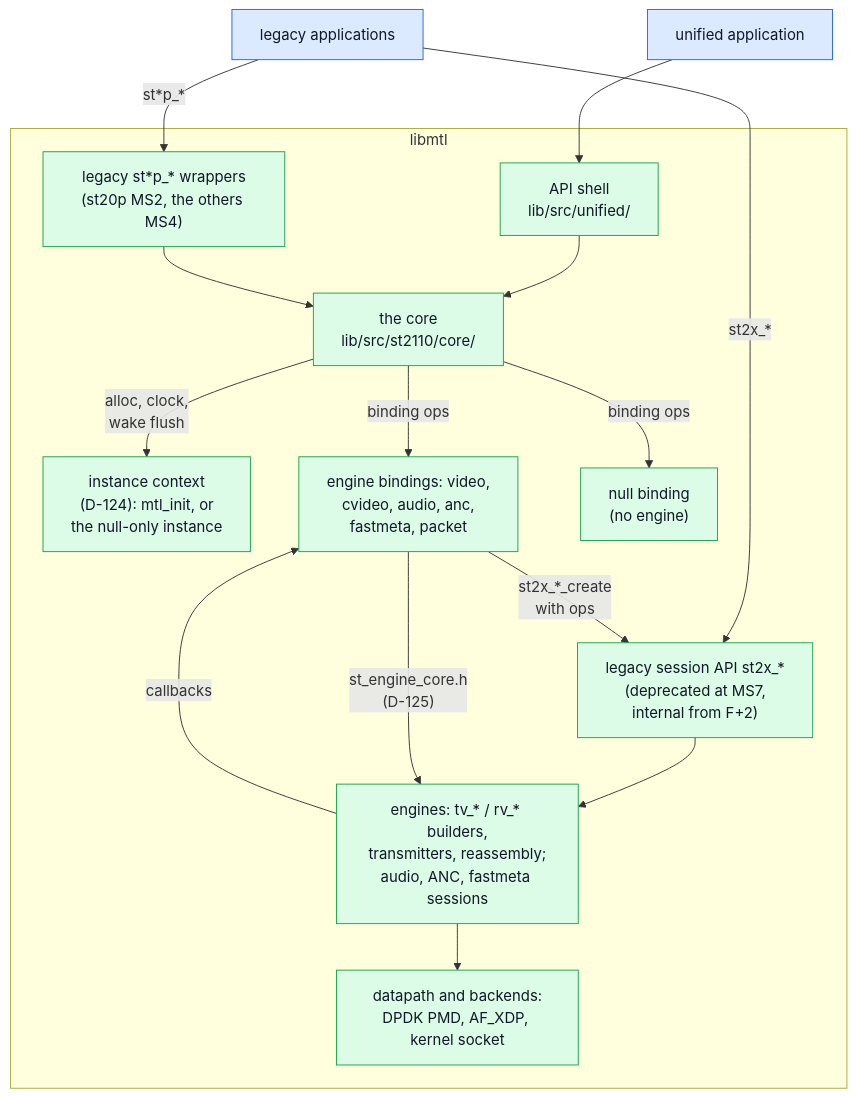
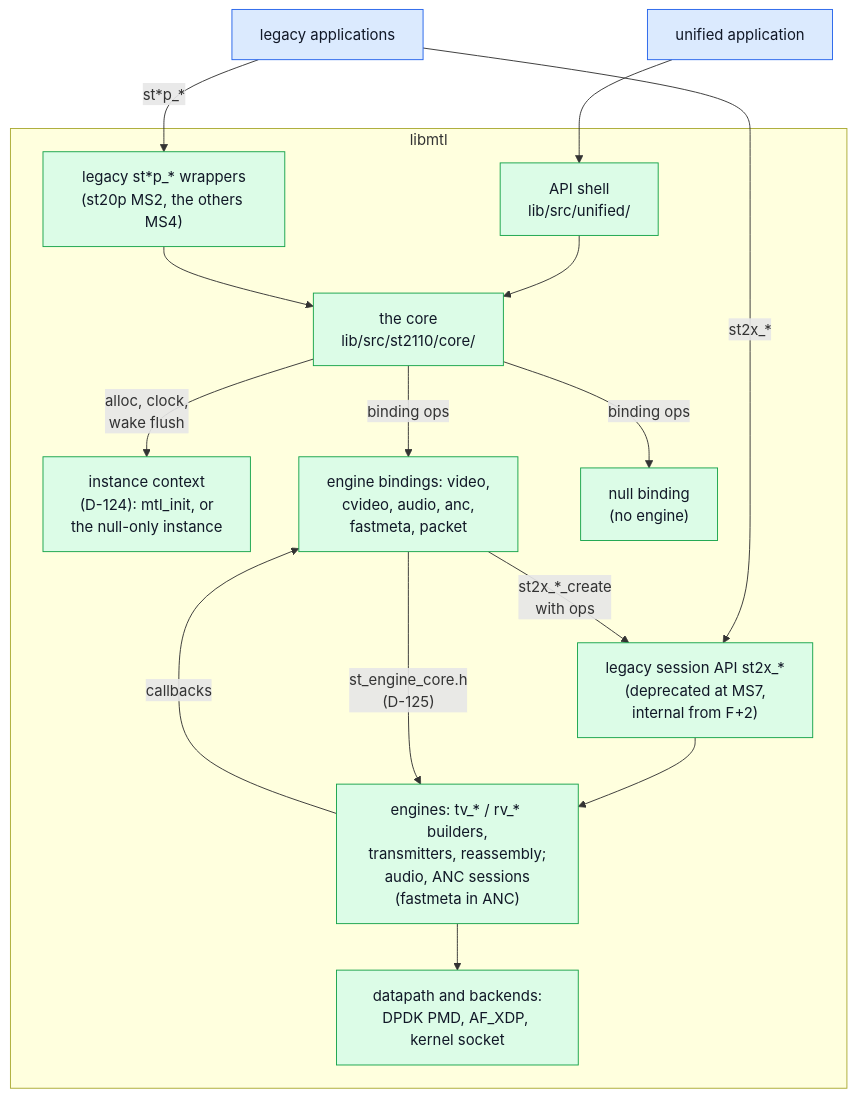
The first of 14 diagrams in doc/unified-api/core.md (Sakoram/Media-Transport-Library), drawn with Mermaid before and after one commit. The commit also changed other lines of this file and 17 other files, not shown here.

````diff
--- a/doc/unified-api/core.md
+++ b/doc/unified-api/core.md
@@ -56,31 +56,31 @@
 ```mermaid
 flowchart TB
     UA["unified application"] --> SH
     LA["legacy applications"] -->|"st*p_*"| LW
     LA -->|"st2x_*"| LS
     subgraph L["libmtl"]
         SH["API shell<br/>lib/src/unified/"]
         LW["legacy st*p_* wrappers<br/>(st20p MS2, the others MS4)"]
         CORE["the core<br/>lib/src/st2110/core/"]
         IC["instance context<br/>(D-124): mtl_init, or<br/>the null-only instance"]
         BIND["engine bindings: video,<br/>cvideo, audio, anc,<br/>fastmeta, packet"]
         NB["null binding<br/>(no engine)"]
         LS["legacy session API st2x_*<br/>(deprecated at MS7,<br/>internal from F+2)"]
-        ENG["engines: tv_* / rv_* builders,<br/>transmitters, reassembly;<br/>audio, ANC, fastmeta sessions"]
+        ENG["engines: tv_* / rv_* builders,<br/>transmitters, reassembly;<br/>audio, ANC sessions<br/>(fastmeta in ANC)"]
         DP["datapath and backends:<br/>DPDK PMD, AF_XDP, kernel socket"]
     end
     SH --> CORE
     LW --> CORE
     CORE -->|"alloc, clock,<br/>wake flush"| IC
     CORE -->|"binding ops"| BIND
     CORE -->|"binding ops"| NB
     BIND -->|"st2x_*_create<br/>with ops"| LS
     LS --> ENG
     BIND -->|"st_engine_core.h<br/>(D-125)"| ENG
     ENG -->|"callbacks"| BIND
     ENG --> DP
     classDef app fill:#dbeafe,stroke:#2563eb,color:#111827
     classDef mtl fill:#dcfce7,stroke:#16a34a,color:#111827
     class UA,LA app
     class SH,LW,CORE,IC,BIND,NB,LS,ENG,DP mtl
 ```
````
